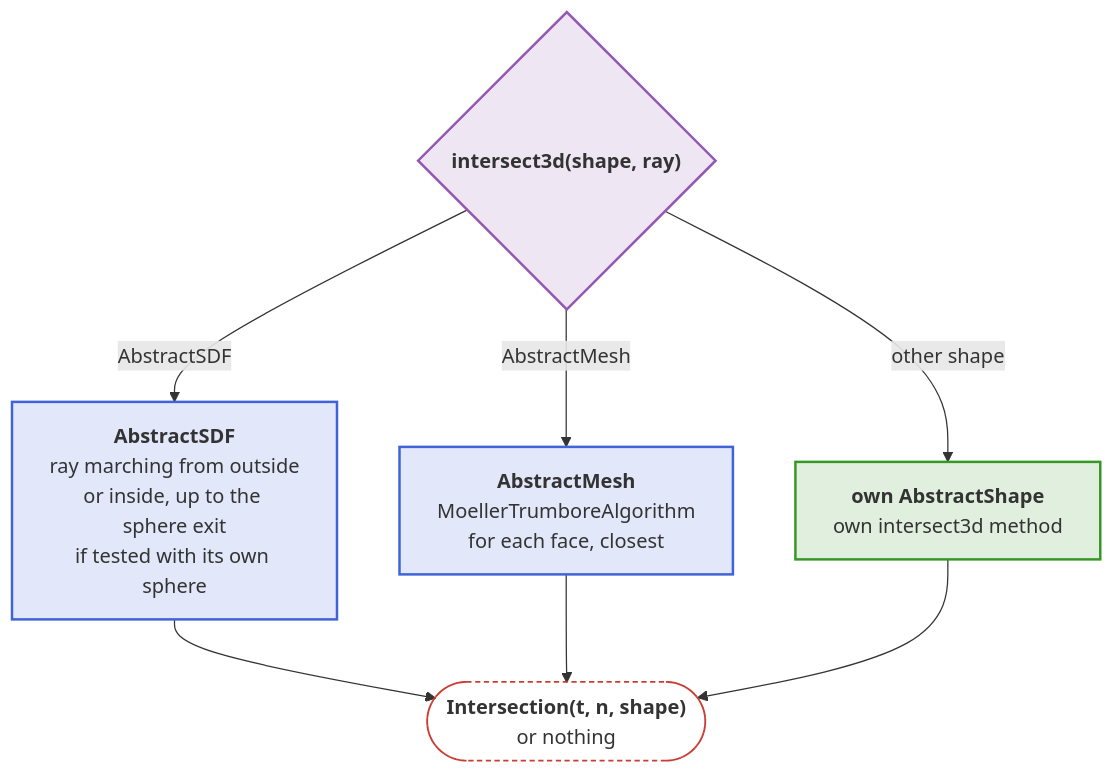
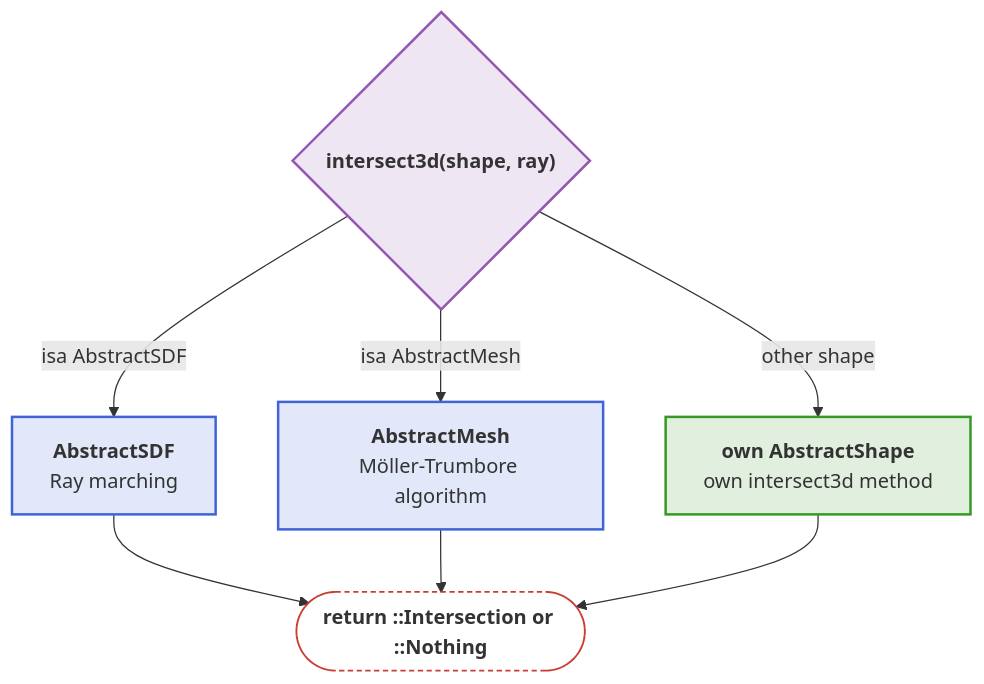
One commit to JuliaPhysics/BeamletOptics.jl changed the third of 6 diagrams in docs/src/api/core.md. Above: the diagram before and after it, drawn with Mermaid. The commit also changed other lines of this file and 94 other files, not shown here.

````diff
--- a/docs/src/api/core.md
+++ b/docs/src/api/core.md
@@ -105,24 +100,24 @@
 ```mermaid
 flowchart TB
     SH{"<b>intersect3d(shape, ray)</b>"}
-    SDF["<b>AbstractSDF</b><br/>ray marching from outside<br/>or inside, up to the sphere exit<br/>if tested with its own sphere"]
-    MESH["<b>AbstractMesh</b><br/>MoellerTrumboreAlgorithm<br/>for each face, closest"]
+    SDF["<b>AbstractSDF</b><br/>Ray marching "]
+    MESH["<b>AbstractMesh</b><br/>Möller-Trumbore algorithm"]
     OWN["<b>own AbstractShape</b><br/>own intersect3d method"]
-    IX(["<b>Intersection(t, n, shape)</b><br/>or nothing"])
+    IX(["<b>return ::Intersection or ::Nothing</b>"])
 
-    SH -- AbstractSDF --> SDF
-    SH -- AbstractMesh --> MESH
+    SH -- isa AbstractSDF --> SDF
+    SH -- isa AbstractMesh --> MESH
     SH -- "other shape" --> OWN
     SDF --> IX
     MESH --> IX
     OWN --> IX
 
     classDef blue fill:#4063D826,stroke:#4063D8,stroke-width:2px
     classDef green fill:#38982626,stroke:#389826,stroke-width:2px
     classDef purple fill:#9558B226,stroke:#9558B2,stroke-width:2px
     classDef terminal fill:transparent,stroke:#CB3C33,stroke-width:1.5px,stroke-dasharray:4 3
     class SDF,MESH blue
     class OWN green
     class SH purple
     class IX terminal
 ```
````
